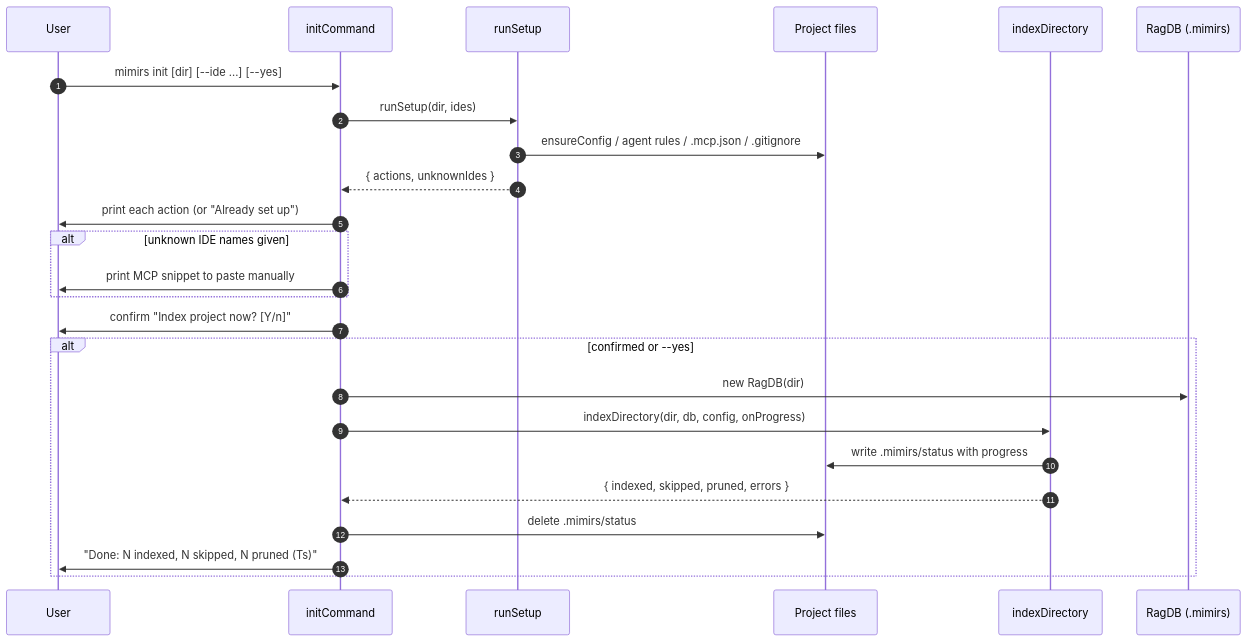
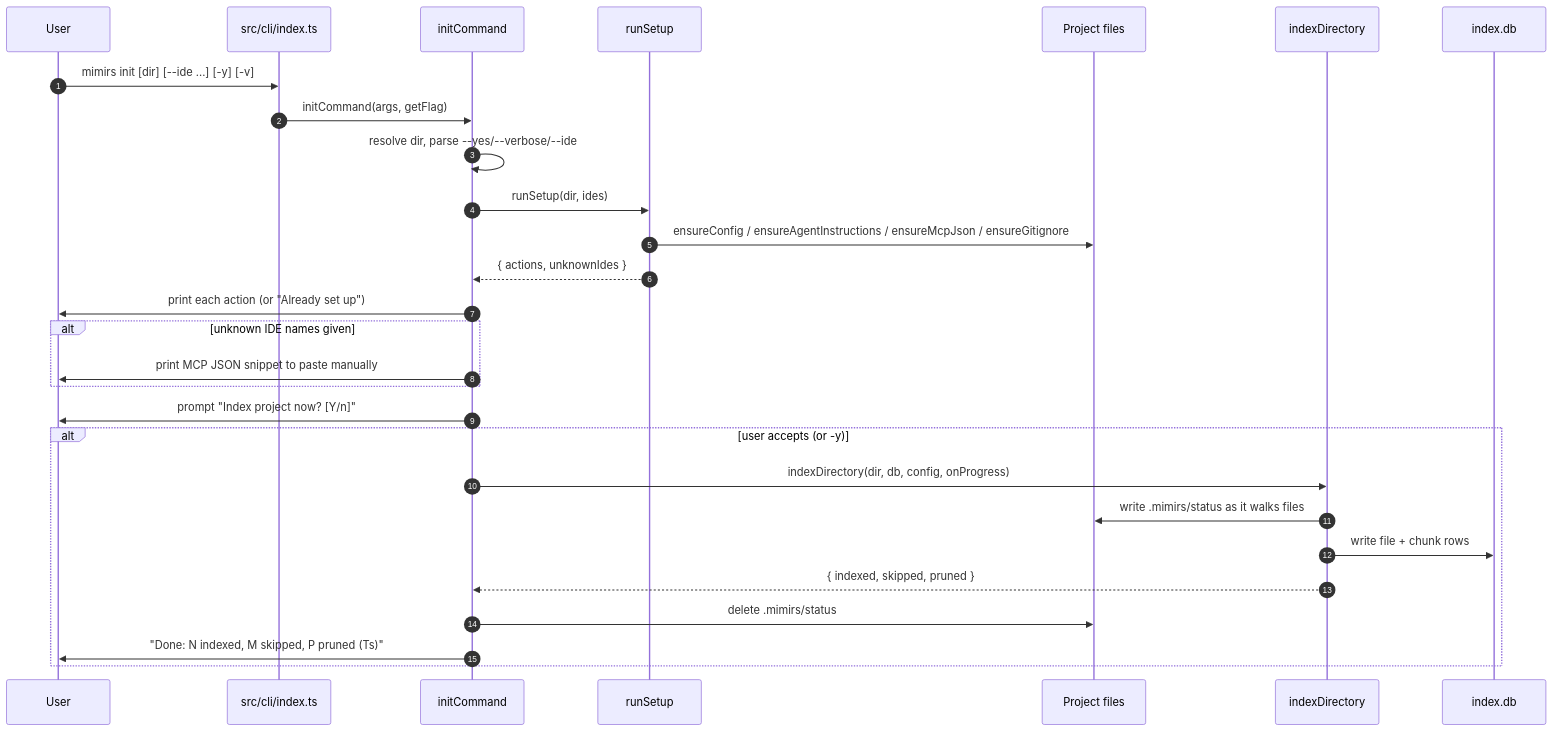
One commit to TheWinci/mimirs changed the diagram in wiki/cli/init.md. Above: the diagram before and after it, drawn with Mermaid. The commit also changed other lines of this file and 51 other files, not shown here.

````diff
--- a/wiki/cli/init.md
+++ b/wiki/cli/init.md
@@ -23,28 +13,31 @@
 ```mermaid
 sequenceDiagram
     autonumber
     participant User
+    participant Dispatch as src/cli/index.ts
     participant Init as initCommand
     participant Setup as runSetup
     participant FS as Project files
     participant Indexer as indexDirectory
-    participant DB as RagDB (.mimirs)
+    participant DB as index.db
 
-    User->>Init: mimirs init [dir] [--ide ...] [--yes]
+    User->>Dispatch: mimirs init [dir] [--ide ...] [-y] [-v]
+    Dispatch->>Init: initCommand(args, getFlag)
+    Init->>Init: resolve dir, parse --yes/--verbose/--ide
     Init->>Setup: runSetup(dir, ides)
-    Setup->>FS: ensureConfig / agent rules / .mcp.json / .gitignore
+    Setup->>FS: ensureConfig / ensureAgentInstructions / ensureMcpJson / ensureGitignore
     Setup-->>Init: { actions, unknownIdes }
     Init->>User: print each action (or "Already set up")
     alt unknown IDE names given
-        Init->>User: print MCP snippet to paste manually
+        Init->>User: print MCP JSON snippet to paste manually
     end
-    Init->>User: confirm "Index project now? [Y/n]"
-    alt confirmed or --yes
-        Init->>DB: new RagDB(dir)
+    Init->>User: prompt "Index project now? [Y/n]"
+    alt user accepts (or -y)
         Init->>Indexer: indexDirectory(dir, db, config, onProgress)
-        Indexer->>FS: write .mimirs/status with progress
-        Indexer-->>Init: { indexed, skipped, pruned, errors }
+        Indexer->>FS: write .mimirs/status as it walks files
+        Indexer->>DB: write file + chunk rows
+        Indexer-->>Init: { indexed, skipped, pruned }
         Init->>FS: delete .mimirs/status
-        Init->>User: "Done: N indexed, N skipped, N pruned (Ts)"
+        Init->>User: "Done: N indexed, M skipped, P pruned (Ts)"
     end
 ```
````
